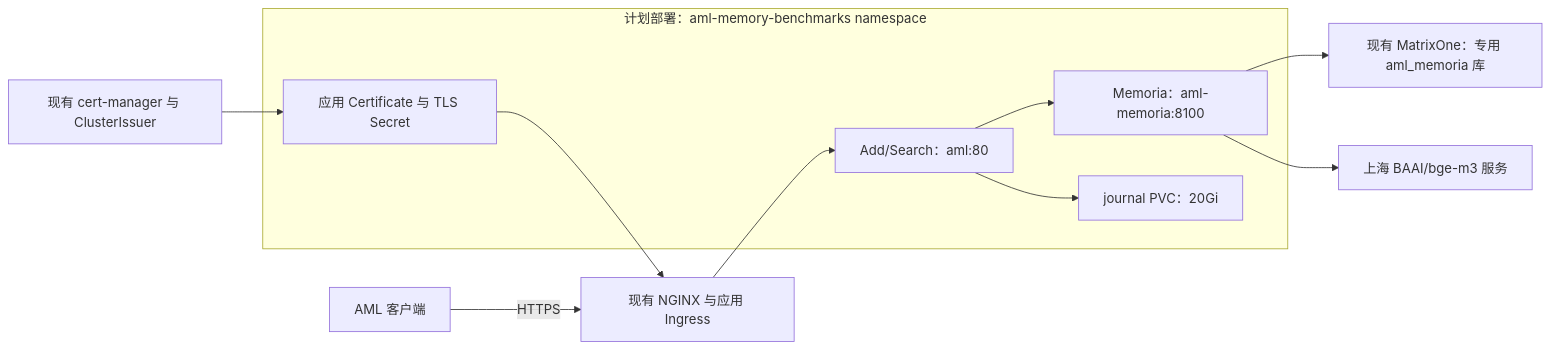
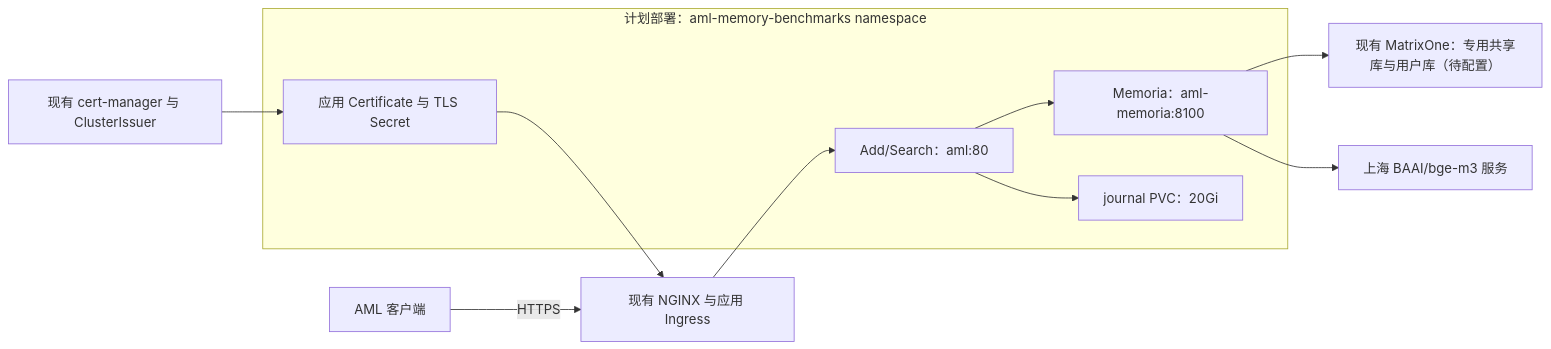
The diagram in agent_memory_leaderboard/docs/competition-plan.md (matrixorigin/memory_benchmarks), drawn with Mermaid before and after one commit. The commit also changed other lines of this file and 6 other files, not shown here.

````diff
--- a/agent_memory_leaderboard/docs/competition-plan.md
+++ b/agent_memory_leaderboard/docs/competition-plan.md
@@ -60,14 +60,14 @@
 ```mermaid
 flowchart LR
     AML["AML 客户端"] -->|HTTPS| NG["现有 NGINX 与应用 Ingress"]
     subgraph APP["计划部署：aml-memory-benchmarks namespace"]
         A["Add/Search：aml:80"] --> M["Memoria：aml-memoria:8100"]
         A --> J["journal PVC：20Gi"]
         C["应用 Certificate 与 TLS Secret"]
     end
     NG --> A
-    M --> DB["现有 MatrixOne：专用 aml_memoria 库"]
+    M --> DB["现有 MatrixOne：专用共享库与用户库（待配置）"]
     M --> EMB["上海 BAAI/bge-m3 服务"]
     CM["现有 cert-manager 与 ClusterIssuer"] --> C
     C --> NG
 ```
````
